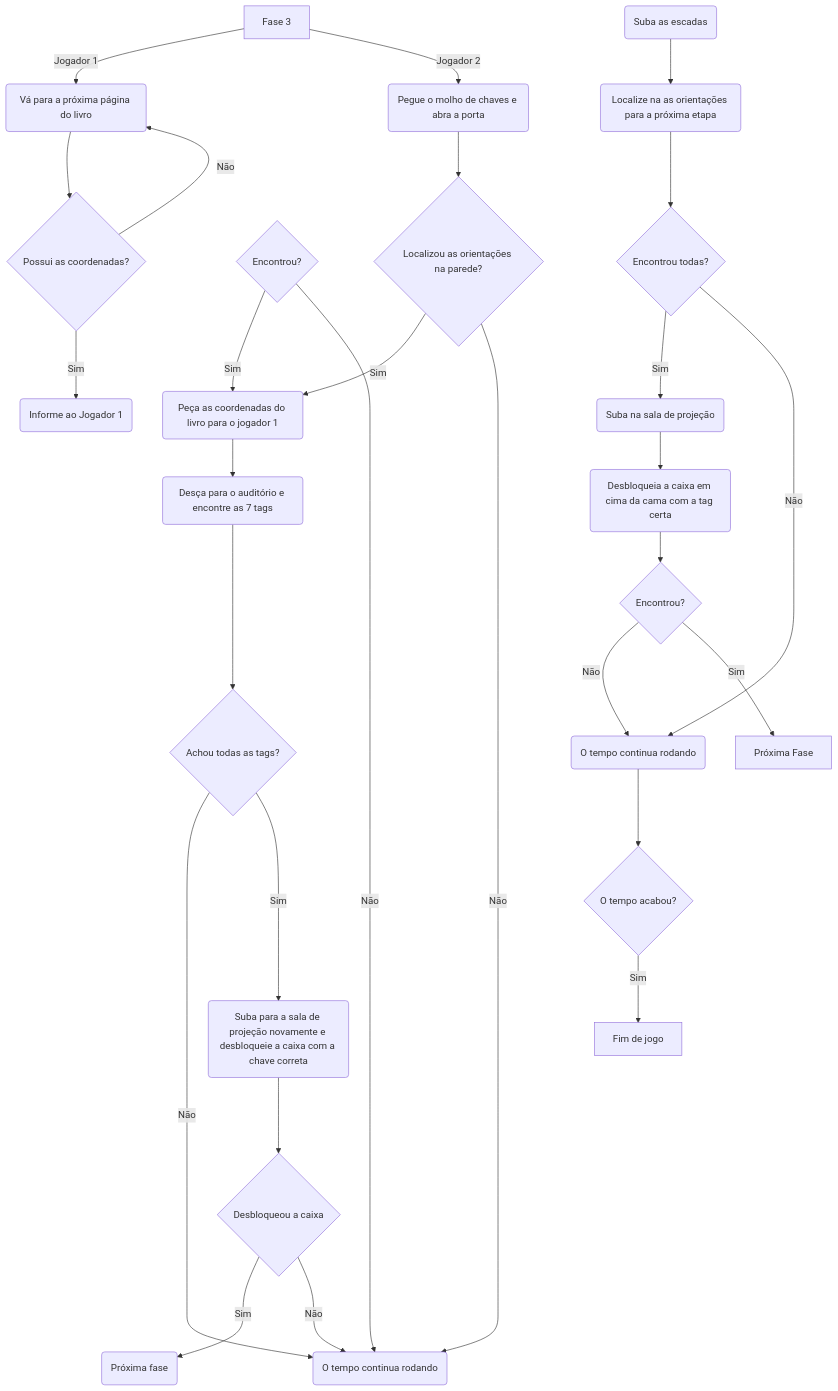
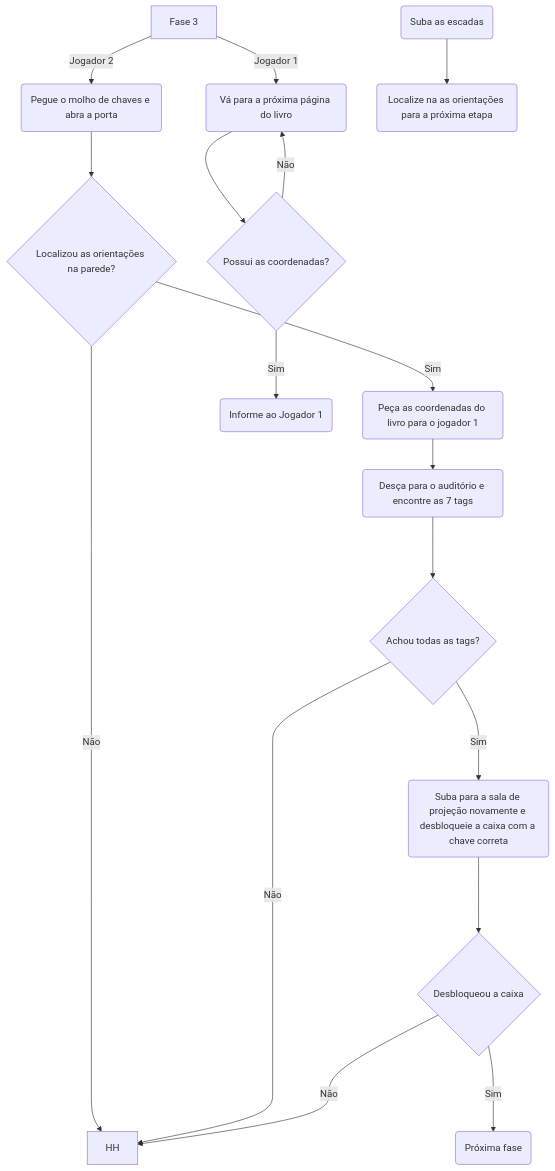
The fourth of 4 diagrams in README.md (DinamicCreative/EscapeRoom), drawn with Mermaid before and after one commit.

````diff
--- a/README.md
+++ b/README.md
@@ -110,39 +110,25 @@
 ```mermaid
 flowchart TD
   AA[Fase 3]
   AA --> |Jogador 1| BB(Vá para a próxima página do livro)
   AA --> |Jogador 2| CC(Pegue o molho de chaves e abra a porta)
   CC --> DD{Localizou as orientações na parede?}
  
- DD --> |Sim| LL
+ DD --> |Sim| LL(Peça as coordenadas do livro para o jogador 1)
 DD --> |Não| HH
 
 
  EE(Suba as escadas) --> JJ(Localize na as orientações para a próxima etapa)
- KK{Encontrou?} --> |Sim| LL(Peça as coordenadas do livro para o jogador 1)
  LL --> AAA(Desça para o auditório e encontre as 7 tags)
  AAA ---> BBB{Achou todas as tags?}
  BBB ---> |Não| HH
  BBB ---> |Sim| CCC(Suba para a sala de projeção novamente e desbloqueie a caixa com a chave correta)
  CCC ---> DDD{Desbloqueou a caixa}
  DDD ---> |Sim| EEE(Próxima fase)
  DDD ---> |Não| HH
- KK --> |Não| HH(O tempo continua rodando)
 
 BB --> RR{Possui as coordenadas?}
 RR -->  |Sim| SS(Informe ao Jogador 1)
 RR -->  |Não| BB
 
-JJ --> UU{Encontrou todas?}
-UU --> |Sim|PP(Suba na sala de projeção)
-UU --> |Não| QQ(O tempo continua rodando)
-  QQ --> VV{O tempo acabou?}
-  VV --> |Sim| WW[Fim de jogo]
-  
-
-  PP --> ZZ(Desbloqueia a caixa em cima da cama com a tag certa)
-  ZZ --> XX{Encontrou?}
-  XX --> |Não|QQ
-  XX --> |Sim| OO[Próxima Fase]
-
 ```
````
